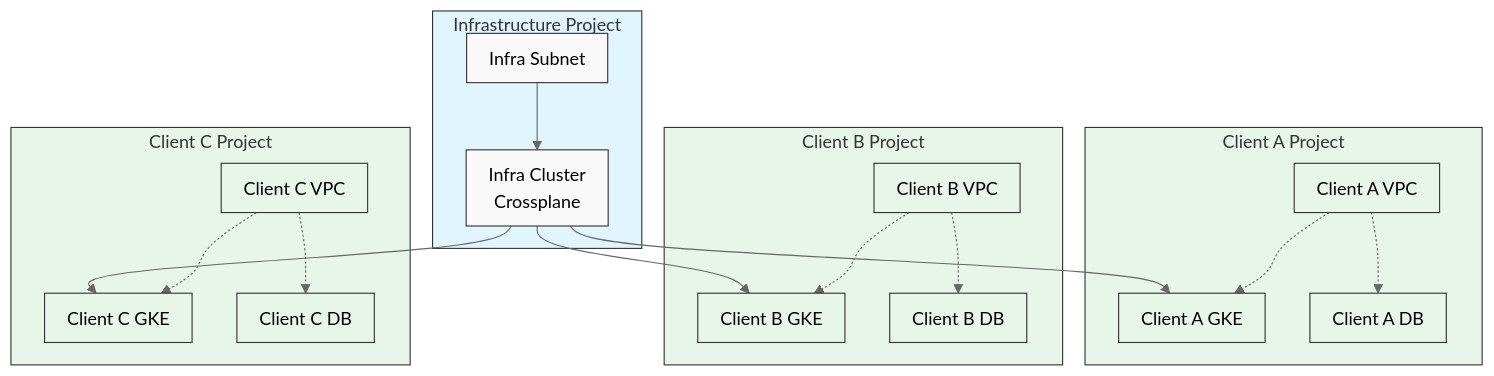
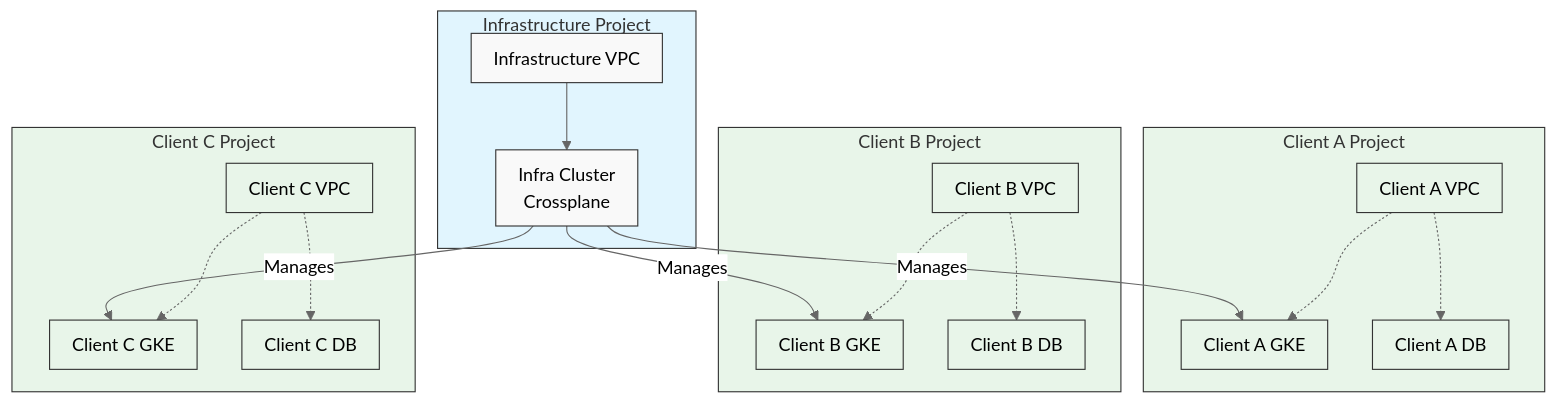
The first of 3 diagrams in README.md (Mdaftab/infra-Platform-for-B2B), drawn with Mermaid before and after one commit. The commit also changed other lines of this file, not shown here.

Commit message:
Remove shared VPC references from README, update client onboarding instructions to focus on dedicated VPC architecture

````diff
--- a/README.md
+++ b/README.md
@@ -25,48 +23,48 @@
 ```mermaid
 %%{init: {'theme': 'neutral', 'flowchart': { 'curve': 'basis', 'nodeSpacing': 40, 'rankSpacing': 40, 'padding': 10 }}}%%
 graph TB
     subgraph IP[Infrastructure Project]
-        IS[Infra Subnet]
+        IS[Infrastructure VPC]
         IC[Infra Cluster<br>Crossplane]
         
         IS --> IC
     end
     
     subgraph CP1[Client A Project]
         CA1[Client A VPC]
         CA2[Client A GKE]
         CA3[Client A DB]
         
         CA1 -.-> CA2
         CA1 -.-> CA3
     end
     
     subgraph CP2[Client B Project]
         CB1[Client B VPC]
         CB2[Client B GKE]
         CB3[Client B DB]
         
         CB1 -.-> CB2
         CB1 -.-> CB3
     end
     
     subgraph CP3[Client C Project]
         CC1[Client C VPC]
         CC2[Client C GKE]
         CC3[Client C DB]
         
         CC1 -.-> CC2
         CC1 -.-> CC3
     end
     
-    IC --> CA2
-    IC --> CB2
-    IC --> CC2
+    IC -->|Manages| CA2
+    IC -->|Manages| CB2
+    IC -->|Manages| CC2
     
     classDef default fill:#f9f9f9,stroke:#333,stroke-width:1px;
     classDef infra fill:#e1f5fe,stroke:#333,stroke-width:1px;
     classDef client fill:#e8f5e9,stroke:#333,stroke-width:1px;
     
     class IP infra;
     class CP1,CP2,CP3,CA1,CA2,CA3,CB1,CB2,CB3,CC1,CC2,CC3 client;
 ```
````
